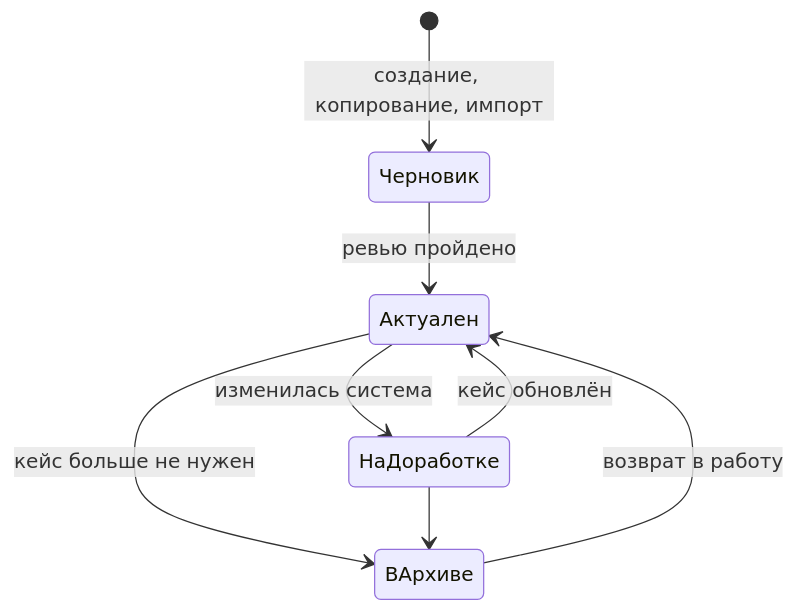
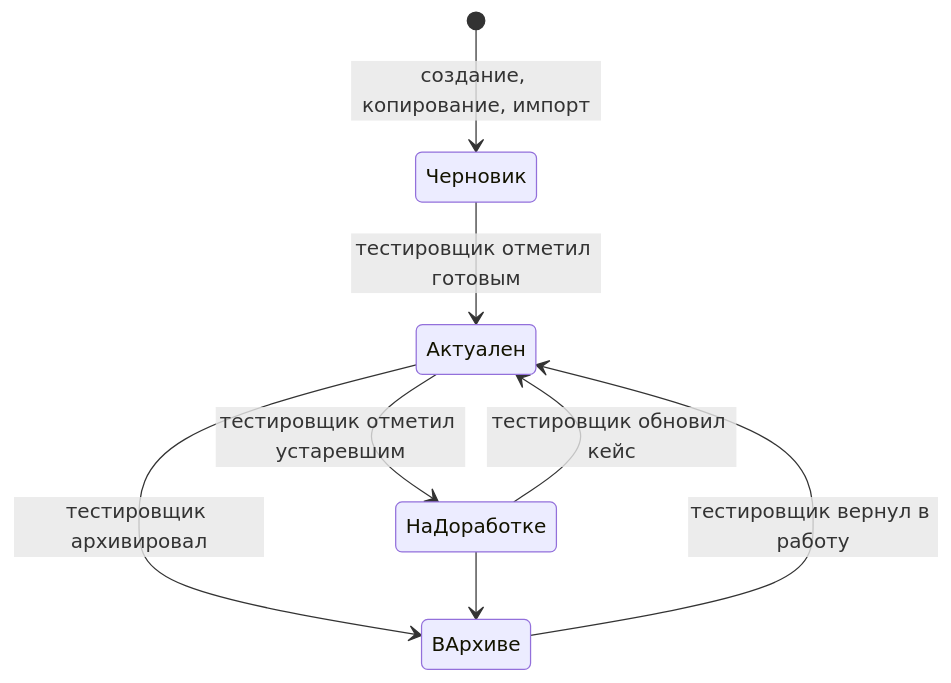
Before and after one commit to MEPhI-C22-501/arch-info-system-monorepo: the third of 6 diagrams in qa/docs/vision.md, drawn with Mermaid. The commit also changed other lines of this file, not shown here.

Commit message:
docs(qa): refine vision diagrams and auto-defect details

````diff
--- a/qa/docs/vision.md
+++ b/qa/docs/vision.md
@@ -127,10 +138,10 @@
 ```mermaid
 stateDiagram-v2
     [*] --> Черновик: создание, копирование, импорт
-    Черновик --> Актуален: ревью пройдено
-    Актуален --> НаДоработке: изменилась система
-    НаДоработке --> Актуален: кейс обновлён
-    Актуален --> ВАрхиве: кейс больше не нужен
+    Черновик --> Актуален: тестировщик отметил готовым
+    Актуален --> НаДоработке: тестировщик отметил устаревшим
+    НаДоработке --> Актуален: тестировщик обновил кейс
+    Актуален --> ВАрхиве: тестировщик архивировал
     НаДоработке --> ВАрхиве
-    ВАрхиве --> Актуален: возврат в работу
+    ВАрхиве --> Актуален: тестировщик вернул в работу
 ```
````
